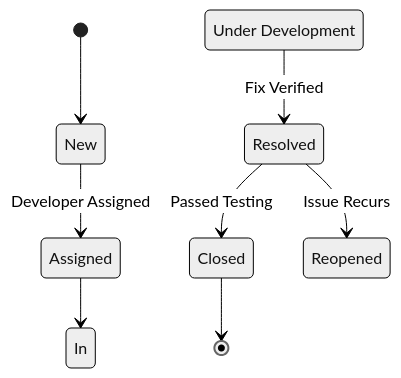
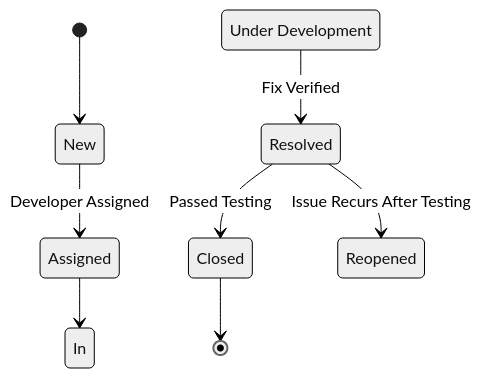
One commit to IIITLucknowSWEngg/CSITTeam016 changed the fourth of 4 diagrams in Test.md. Above: the diagram before and after it, drawn with Mermaid (neutral theme). The commit also changed other lines of this file, not shown here.

````diff
--- a/Test.md
+++ b/Test.md
@@ -329,10 +331,10 @@
 ```mermaid
-stateDiagram-v2
-  [*] --> New
-  New --> Assigned : Developer Assigned
-  Assigned --> In Progress : Under Development
-  In Progress --> Resolved : Fix Verified
-  Resolved --> Closed : Passed Testing
-  Resolved --> Reopened : Issue Recurs
-  Closed --> [*]
+stateDiagram-v2  
+  [*] --> New  
+  New --> Assigned : Developer Assigned  
+  Assigned --> In Progress : Under Development  
+  In Progress --> Resolved : Fix Verified  
+  Resolved --> Closed : Passed Testing  
+  Resolved --> Reopened : Issue Recurs After Testing  
+  Closed --> [*] 
 ```
````
